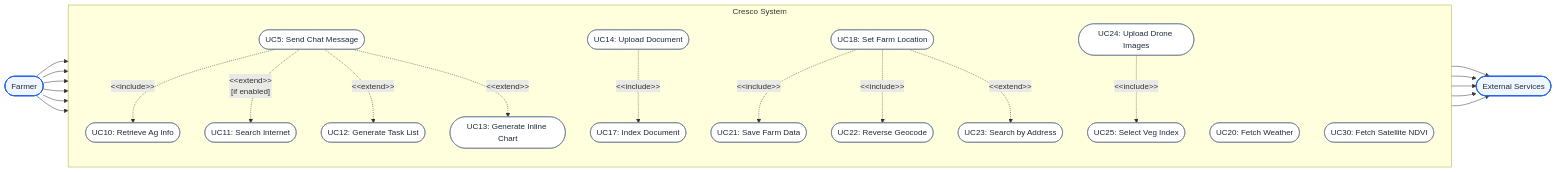
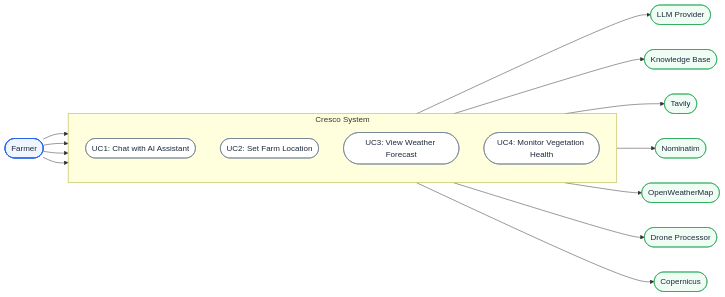
The diagram in frontend/public/docs/requirements.md (SanchiSharma446/Team26_SystemsEngineering_Report), drawn with Mermaid before and after one commit. The commit also changed other lines of this file and 1 other file, not shown here.

Commit message:
refactor: Update use case diagram and descriptions for AI assistant features

````diff
--- a/frontend/public/docs/requirements.md
+++ b/frontend/public/docs/requirements.md
@@ -61,62 +61,40 @@
 ```mermaid
 flowchart LR
     Farmer([Farmer])
-    External([External Services])
 
     subgraph Cresco [Cresco System]
         direction TB
-        UC5([UC5: Send Chat Message])
-        UC10([UC10: Retrieve Ag Info])
-        UC11([UC11: Search Internet])
-        UC12([UC12: Generate Task List])
-        UC13([UC13: Generate Inline Chart])
-        
-        UC14([UC14: Upload Document])
-        UC17([UC17: Index Document])
-        
-        UC18([UC18: Set Farm Location])
-        UC21([UC21: Save Farm Data])
-        UC22([UC22: Reverse Geocode])
-        UC23([UC23: Search by Address])
-        
-        UC24([UC24: Upload Drone Images])
-        UC25([UC25: Select Veg Index])
-        
-        UC20([UC20: Fetch Weather])
-        UC30([UC30: Fetch Satellite NDVI])
+        UC1([UC1: Chat with AI Assistant])
+        UC2([UC2: Set Farm Location])
+        UC3([UC3: View Weather Forecast])
+        UC4([UC4: Monitor Vegetation Health])
     end
 
-    %% Primary Actor
-    Farmer --> UC5
-    Farmer --> UC14
-    Farmer --> UC18
-    Farmer --> UC24
-    Farmer --> UC20
-    Farmer --> UC30
+    LLM([LLM Provider])
+    KB([Knowledge Base])
+    Tavily([Tavily])
+    Nominatim([Nominatim])
+    OWM([OpenWeatherMap])
+    Copernicus([Copernicus])
+    Drone([Drone Processor])
 
-    %% Includes & Extends
-    UC5 -. "&lt;&lt;include&gt;&gt;" .-> UC10
-    UC5 -. "&lt;&lt;extend&gt;&gt;\n[if enabled]" .-> UC11
-    UC5 -. "&lt;&lt;extend&gt;&gt;" .-> UC12
-    UC5 -. "&lt;&lt;extend&gt;&gt;" .-> UC13
-    
-    UC14 -. "&lt;&lt;include&gt;&gt;" .-> UC17
-    
-    UC18 -. "&lt;&lt;include&gt;&gt;" .-> UC21
-    UC18 -. "&lt;&lt;include&gt;&gt;" .-> UC22
-    UC18 -. "&lt;&lt;extend&gt;&gt;" .-> UC23
-    
-    UC24 -. "&lt;&lt;include&gt;&gt;" .-> UC25
+    Farmer --> UC1
+    Farmer --> UC2
+    Farmer --> UC3
+    Farmer --> UC4
 
-    %% External Connections
-    UC11 --> External
-    UC22 --> External
-    UC23 --> External
-    UC20 --> External
-    UC30 --> External
+    UC1 --> LLM
+    UC1 --> KB
+    UC1 --> Tavily
+    UC2 --> Nominatim
+    UC3 --> OWM
+    UC4 --> Drone
+    UC4 --> Copernicus
 
     classDef actor fill:#eff6ff,stroke:#2563eb,stroke-width:2px,color:#1e293b
     classDef usecase fill:#ffffff,stroke:#64748b,stroke-width:1px,color:#1e293b
-    class Farmer,External actor
-    class UC5,UC10,UC11,UC12,UC13,UC14,UC17,UC18,UC21,UC22,UC23,UC24,UC25,UC20,UC30 usecase
+    classDef service fill:#f0fdf4,stroke:#16a34a,stroke-width:1px,color:#1e293b
+    class Farmer actor
+    class UC1,UC2,UC3,UC4 usecase
+    class LLM,KB,Tavily,Nominatim,OWM,Copernicus,Drone service
 ```
````
